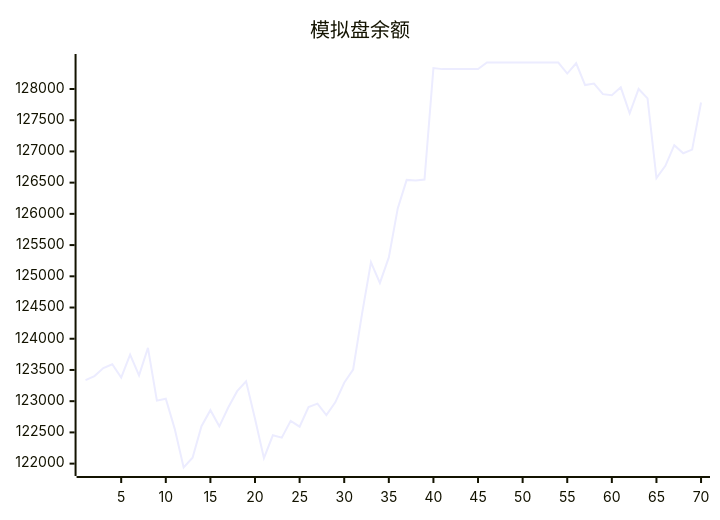
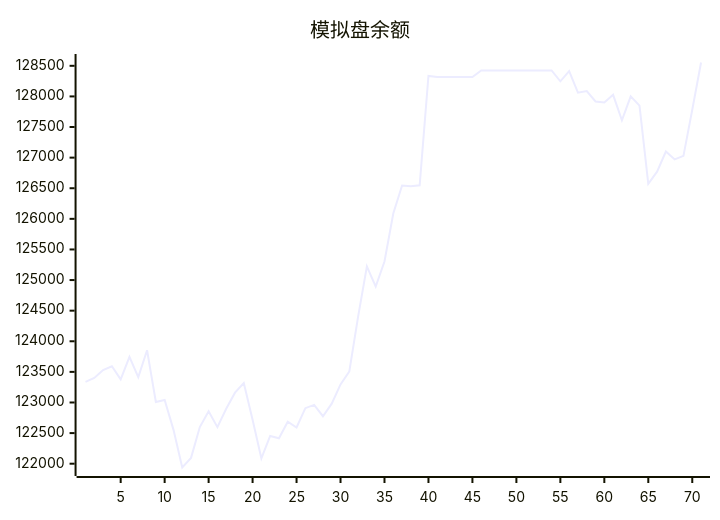
Before and after one commit to aahl/mcp-aktools: the diagram in trading/README.md, drawn with Mermaid. The commit also changed other lines of this file and 1 other file, not shown here.

````diff
--- a/trading/README.md
+++ b/trading/README.md
@@ -3,5 +3,5 @@
 ```mermaid
 xychart
     title "模拟盘余额"
-    line [123338,123402,123530,123592,123378,123745,123413,123853,123009,123040,122557,121938,122095,122599,122856,122597,122898,123160,123319,122719,122087,122454,122416,122685,122592,122907,122961,122776,122981,123295,123507,124403,125224,124894,125303,126088,126544,126534,126549,128335,128318,128318,128318,128318,128318,128424,128424,128424,128424,128424,128424,128424,128424,128424,128247,128412,128062,128087,127917,127901,128026,127611,128000,127850,126572,126770,127100,126971,127029,127783]
+    line [123338,123402,123530,123592,123378,123745,123413,123853,123009,123040,122557,121938,122095,122599,122856,122597,122898,123160,123319,122719,122087,122454,122416,122685,122592,122907,122961,122776,122981,123295,123507,124403,125224,124894,125303,126088,126544,126534,126549,128335,128318,128318,128318,128318,128318,128424,128424,128424,128424,128424,128424,128424,128424,128424,128247,128412,128062,128087,127917,127901,128026,127611,128000,127850,126572,126770,127100,126971,127029,127783,128554]
 ```
````
